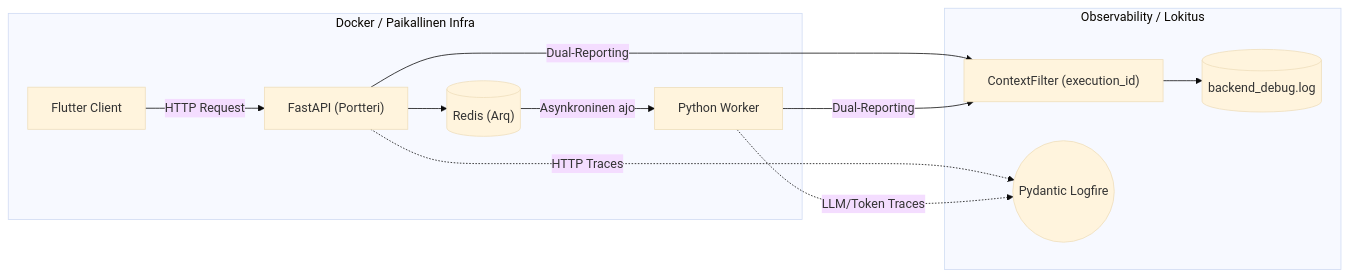
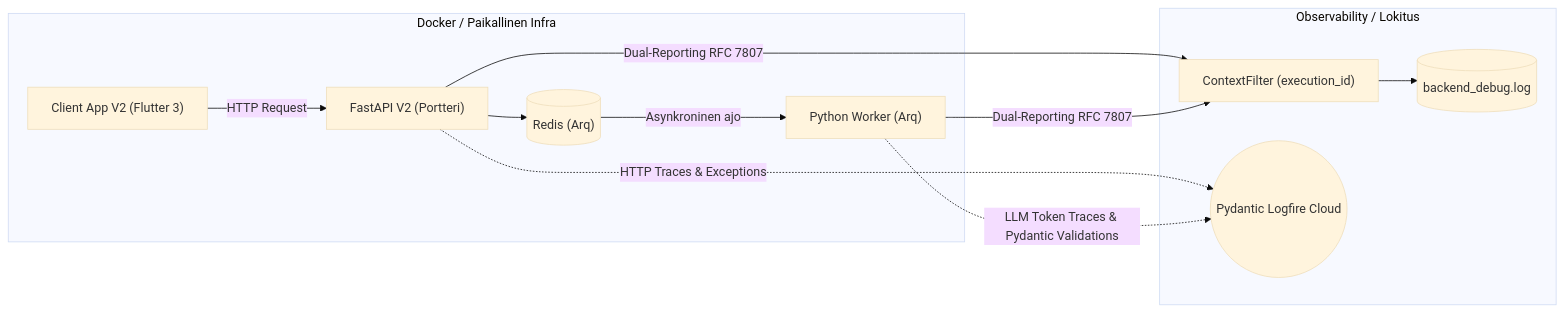
One commit to launis/quorum changed the diagram in docs/architecture/07_infrastructure_and_observability.md. Above: the diagram before and after it, drawn with Mermaid (base theme). The commit also changed 9 other files, not shown here.

Commit message:
docs: add comprehensive architecture documentation covering dynamic rendering, persistence, and system design principles

````diff
--- a/docs/architecture/07_infrastructure_and_observability.md
+++ b/docs/architecture/07_infrastructure_and_observability.md
@@ -22,26 +22,26 @@
 ```mermaid
 flowchart LR
     subgraph Infastructure ["Docker / Paikallinen Infra"]
-        UI["Flutter Client"]
-        API["FastAPI (Portteri)"]
+        UI["Client App V2 (Flutter 3)"]
+        API["FastAPI V2 (Portteri)"]
         Redis[("Redis (Arq)")]
-        Worker["Python Worker"]
+        Worker["Python Worker (Arq)"]
     end
 
     subgraph Observability ["Observability / Lokitus"]
         Context["ContextFilter (execution_id)"]
         LogFile[("backend_debug.log")]
-        LogfireCloud(("Pydantic Logfire"))
+        LogfireCloud(("Pydantic Logfire Cloud"))
     end
 
     UI -->|"HTTP Request"| API
     API --> Redis
     Redis -->|"Asynkroninen ajo"| Worker
 
-    API -->|"Dual-Reporting"| Context
-    Worker -->|"Dual-Reporting"| Context
+    API -->|"Dual-Reporting RFC 7807"| Context
+    Worker -->|"Dual-Reporting RFC 7807"| Context
     Context --> LogFile
 
-    API -.->|"HTTP Traces"| LogfireCloud
-    Worker -.->|"LLM/Token Traces"| LogfireCloud
+    API -.->|"HTTP Traces & Exceptions"| LogfireCloud
+    Worker -.->|"LLM Token Traces & Pydantic Validations"| LogfireCloud
 ```
````
